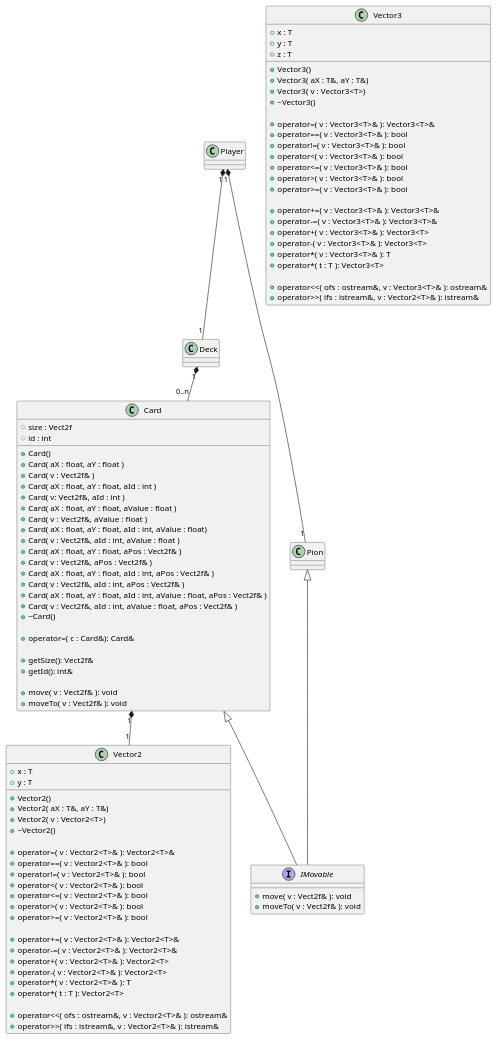
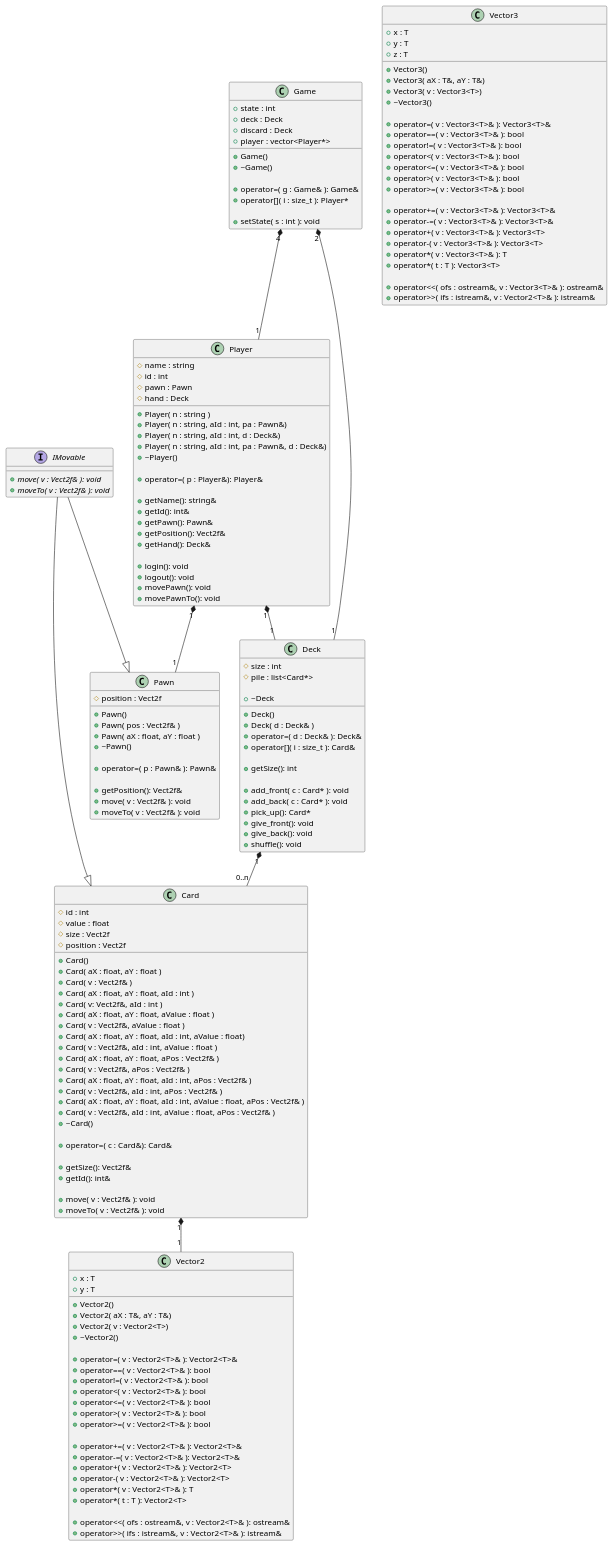
The diagram in UML.puml (Flosilver/libRosace-dev), drawn with PlantUML before and after one commit. The commit also changed 7 other files, not shown here.

```diff
--- a/UML.puml
+++ b/UML.puml
@@ -1,123 +1,191 @@
 @startuml UML
 
 interface IMovable{
-    + move( v : Vect2f& ): void
-    + moveTo( v : Vect2f& ): void
+    + {abstract} move( v : Vect2f& ): void
+    + {abstract} moveTo( v : Vect2f& ): void
 }
 
 
 class Vector2 {
     + x : T
     + y : T 
 
     + Vector2()
     + Vector2( aX : T&, aY : T&)
     + Vector2( v : Vector2<T>)
     + ~Vector2()
 
     + operator=( v : Vector2<T>& ): Vector2<T>&
     + operator==( v : Vector2<T>& ): bool
     + operator!=( v : Vector2<T>& ): bool
     + operator<( v : Vector2<T>& ): bool
     + operator<=( v : Vector2<T>& ): bool
     + operator>( v : Vector2<T>& ): bool
     + operator>=( v : Vector2<T>& ): bool
 
     + operator+=( v : Vector2<T>& ): Vector2<T>&
     + operator-=( v : Vector2<T>& ): Vector2<T>&
     + operator+( v : Vector2<T>& ): Vector2<T>
     + operator-( v : Vector2<T>& ): Vector2<T>
     + operator*( v : Vector2<T>& ): T
     + operator*( t : T ): Vector2<T>
 
     + operator<<( ofs : ostream&, v : Vector2<T>& ): ostream&
     + operator>>( ifs : istream&, v : Vector2<T>& ): istream&
 }
 
 class Vector3 {
     + x : T
     + y : T 
     + z : T
 
     + Vector3()
     + Vector3( aX : T&, aY : T&)
     + Vector3( v : Vector3<T>)
     + ~Vector3()
 
     + operator=( v : Vector3<T>& ): Vector3<T>&
     + operator==( v : Vector3<T>& ): bool
     + operator!=( v : Vector3<T>& ): bool
     + operator<( v : Vector3<T>& ): bool
     + operator<=( v : Vector3<T>& ): bool
     + operator>( v : Vector3<T>& ): bool
     + operator>=( v : Vector3<T>& ): bool
 
     + operator+=( v : Vector3<T>& ): Vector3<T>&
     + operator-=( v : Vector3<T>& ): Vector3<T>&
     + operator+( v : Vector3<T>& ): Vector3<T>
     + operator-( v : Vector3<T>& ): Vector3<T>
     + operator*( v : Vector3<T>& ): T
     + operator*( t : T ): Vector3<T>
 
     + operator<<( ofs : ostream&, v : Vector3<T>& ): ostream&
     + operator>>( ifs : istream&, v : Vector2<T>& ): istream&
 }
 
 
 class Card
 {
+    # id : int
+    # value : float
     # size : Vect2f
-    # id : int
+    # position : Vect2f
 
     + Card()
     + Card( aX : float, aY : float )
     + Card( v : Vect2f& )
     + Card( aX : float, aY : float, aId : int )
     + Card( v: Vect2f&, aId : int )
     + Card( aX : float, aY : float, aValue : float )
     + Card( v : Vect2f&, aValue : float )
     + Card( aX : float, aY : float, aId : int, aValue : float)
     + Card( v : Vect2f&, aId : int, aValue : float )
     + Card( aX : float, aY : float, aPos : Vect2f& )
     + Card( v : Vect2f&, aPos : Vect2f& )
     + Card( aX : float, aY : float, aId : int, aPos : Vect2f& )
     + Card( v : Vect2f&, aId : int, aPos : Vect2f& )
     + Card( aX : float, aY : float, aId : int, aValue : float, aPos : Vect2f& )
     + Card( v : Vect2f&, aId : int, aValue : float, aPos : Vect2f& )
     + ~Card()
 
     + operator=( c : Card&): Card&
     
     + getSize(): Vect2f&
     + getId(): int&
 
     + move( v : Vect2f& ): void
     + moveTo( v : Vect2f& ): void
 }
 
 class Deck{
+    # size : int
+    # pile : list<Card*>
 
+    + Deck()
+    + Deck( d : Deck& )
+    + ~Deck
+
+    + operator=( d : Deck& ): Deck&
+    + operator[]( i : size_t ): Card&
+
+    + getSize(): int
+
+    + add_front( c : Card* ): void
+    + add_back( c : Card* ): void
+    + pick_up(): Card*
+    + give_front(): void
+    + give_back(): void
+    + shuffle(): void
 }
 
 class Player{
+    # name : string
+    # id : int
+    # pawn : Pawn
+    # hand : Deck
+    
+    + Player( n : string )
+    + Player( n : string, aId : int, pa : Pawn&)
+    + Player( n : string, aId : int, d : Deck&)
+    + Player( n : string, aId : int, pa : Pawn&, d : Deck&)
+    + ~Player()
 
+    + operator=( p : Player&): Player&
+
+    + getName(): string&
+    + getId(): int&
+    + getPawn(): Pawn&
+    + getPosition(): Vect2f&
+    + getHand(): Deck&
+
+    + login(): void
+    + logout(): void
+    + movePawn(): void
+    + movePawnTo(): void
 }
 
-class Pion{
+class Pawn{
+    # position : Vect2f
 
+    + Pawn()
+    + Pawn( pos : Vect2f& )
+    + Pawn( aX : float, aY : float )
+    + ~Pawn()
+
+    + operator=( p : Pawn& ): Pawn&
+
+    + getPosition(): Vect2f&
+    + move( v : Vect2f& ): void
+    + moveTo( v : Vect2f& ): void
 }
 
+class Game{
+    + state : int
+    + deck : Deck
+    + discard : Deck
+    + player : vector<Player*>
 
+    + Game()
+    + ~Game()
+
+    + operator=( g : Game& ): Game&
+    + operator[]( i : size_t ): Player*
+
+    + setState( s : int ): void
+}
+
+IMovable --|> Card
+IMovable --|> Pawn
 
 
 Card "1" *-- "1" Vector2
-Card <|-- IMovable
 
 Deck "1" *-- "0..n" Card
 
-Pion <|-- IMovable
-
-Player "1" *-- "1" Pion
+Player "1" *-- "1" Pawn
 Player "1" *-- "1" Deck
 
+Game "4" *-- "1" Player
+Game "2" *-- "1" Deck
+
 @enduml
```
